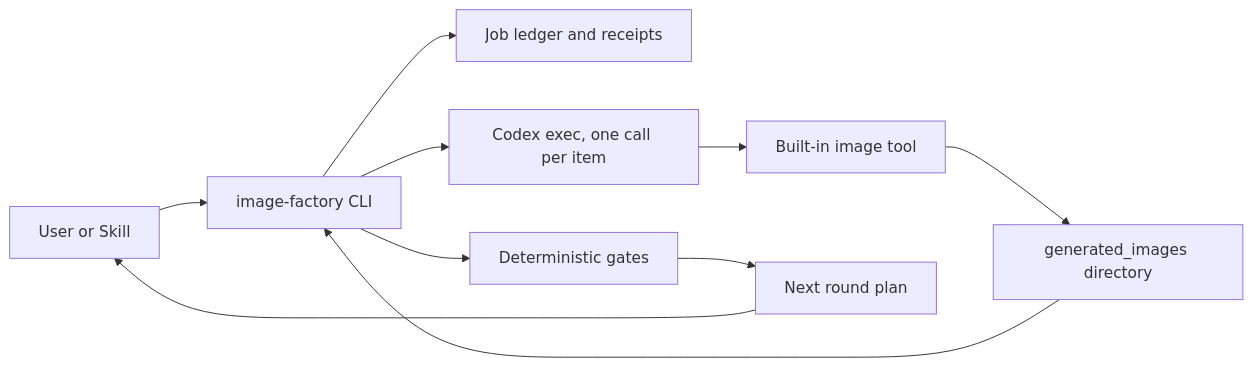
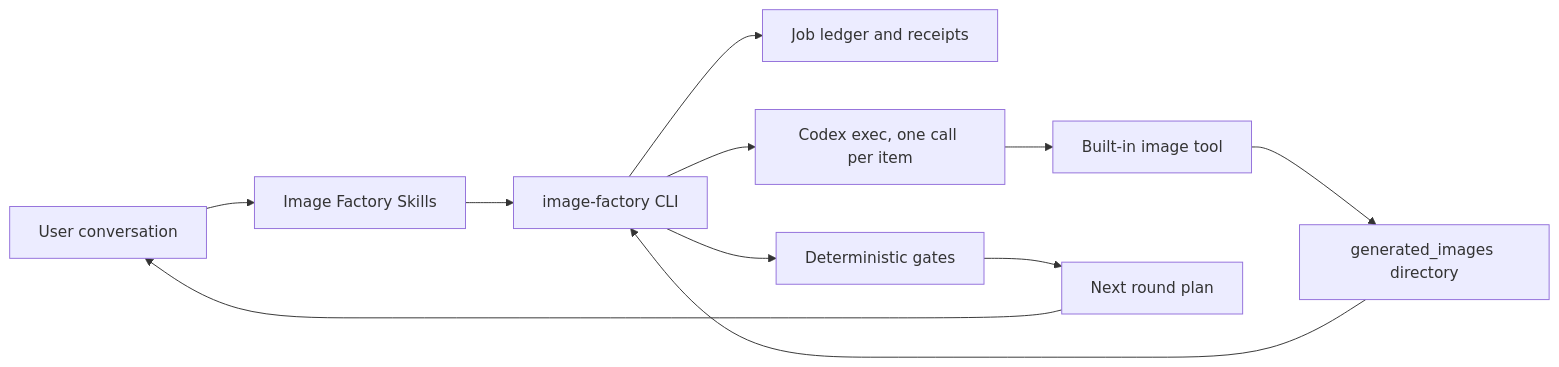
Before and after one commit to full-aigc-plugins/image-factory-plugin: the first of 2 diagrams in docs/Codex-Image-Factory-Plugin-Architecture.md, drawn with Mermaid. The commit also changed other lines of this file and 33 other files, not shown here.

Commit message:
feat: define conversational Image Factory workflow

````diff
--- a/docs/Codex-Image-Factory-Plugin-Architecture.md
+++ b/docs/Codex-Image-Factory-Plugin-Architecture.md
@@ -32,12 +32,13 @@
 ```mermaid
 flowchart LR
-  U[User or Skill] --> C[image-factory CLI]
+  U[User conversation] --> K[Image Factory Skills]
+  K --> C[image-factory CLI]
   C --> L[Job ledger and receipts]
   C --> X[Codex exec, one call per item]
   X --> T[Built-in image tool]
   T --> G[generated_images directory]
   G --> C
   C --> E[Deterministic gates]
   E --> R[Next round plan]
   R --> U
 ```
````
